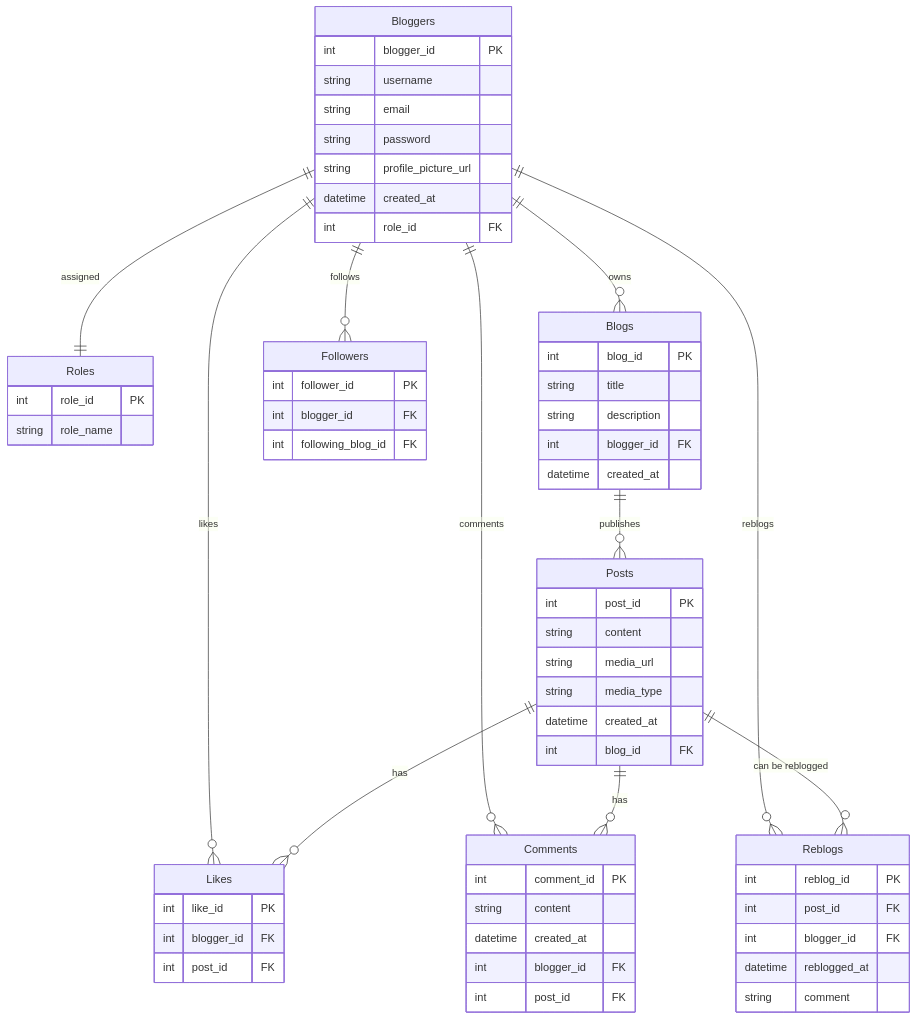
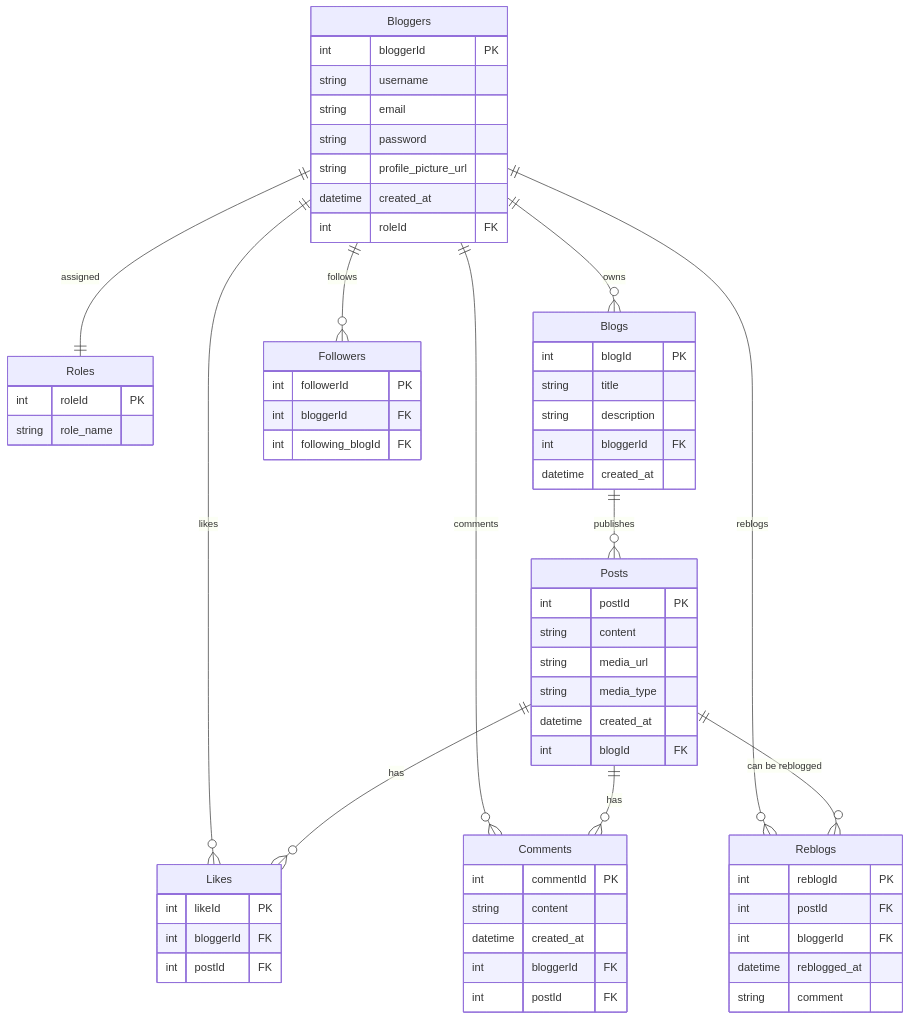
The first of 2 diagrams in readme.md (Training-241209/nottumblr-backend-team4), drawn with Mermaid before and after one commit. The commit also changed 34 other files, not shown here.

````diff
--- a/readme.md
+++ b/readme.md
@@ -26,66 +26,66 @@
 ```mermaid
 erDiagram
     Bloggers {
-        int blogger_id PK
+        int bloggerId PK
         string username
         string email
         string password
         string profile_picture_url
         datetime created_at
-        int role_id FK
+        int roleId FK
     }
     Roles {
-        int role_id PK
+        int roleId PK
         string role_name
     }
     Blogs {
-        int blog_id PK
+        int blogId PK
         string title
         string description
-        int blogger_id FK
+        int bloggerId FK
         datetime created_at
     }
     Posts {
-        int post_id PK
+        int postId PK
         string content
         string media_url
         string media_type
         datetime created_at
-        int blog_id FK
+        int blogId FK
     }
     Followers {
-        int follower_id PK
-        int blogger_id FK
-        int following_blog_id FK
+        int followerId PK
+        int bloggerId FK
+        int following_blogId FK
     }
     Likes {
-        int like_id PK
-        int blogger_id FK
-        int post_id FK
+        int likeId PK
+        int bloggerId FK
+        int postId FK
     }
     Comments {
-        int comment_id PK
+        int commentId PK
         string content
         datetime created_at
-        int blogger_id FK
-        int post_id FK
+        int bloggerId FK
+        int postId FK
     }
     Reblogs {
-        int reblog_id PK
-        int post_id FK
-        int blogger_id FK
+        int reblogId PK
+        int postId FK
+        int bloggerId FK
         datetime reblogged_at
         string comment
     }
 
     Bloggers ||--|| Roles : "assigned"
     Bloggers ||--o{ Blogs : "owns"
     Blogs ||--o{ Posts : "publishes"
     Bloggers ||--o{ Followers : "follows"
     Bloggers ||--o{ Likes : "likes"
     Bloggers ||--o{ Comments : "comments"
     Bloggers ||--o{ Reblogs : "reblogs"
     Posts ||--o{ Likes : "has"
     Posts ||--o{ Comments : "has"
     Posts ||--o{ Reblogs : "can be reblogged"
 ```
````
